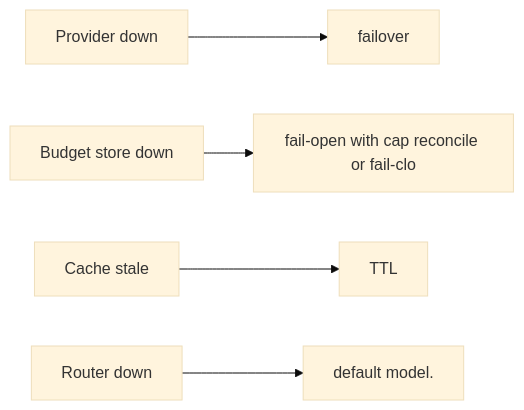
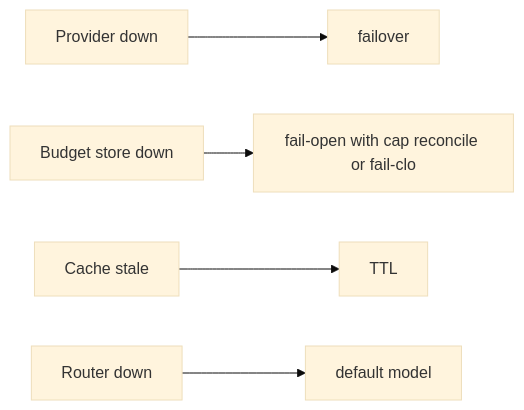
The third of 3 diagrams in case-studies/ai-systems/llm-api-gateway.md (RIT-MESH/system-design-mastery), drawn with Mermaid (base theme) before and after one commit. The commit also changed other lines of this file and 215 other files, not shown here.

First line of the commit message:
Complete all remaining work: expand case studies, add 13 AI case studies, fix diagrams, status to Complete

````diff
--- a/case-studies/ai-systems/llm-api-gateway.md
+++ b/case-studies/ai-systems/llm-api-gateway.md
@@ -39,16 +46,16 @@
 ```mermaid
 %% created-for: system-design-mastery
 flowchart LR
   C1["Provider down"]
   R2["failover"]
   C1 --> R2
   C3["Budget store down"]
   R4["fail-open with cap reconcile or fail-clo"]
   C3 --> R4
   C5["Cache stale"]
   R6["TTL"]
   C5 --> R6
   C7["Router down"]
-  R8["default model."]
+  R8["default model"]
   C7 --> R8
 ```
````
